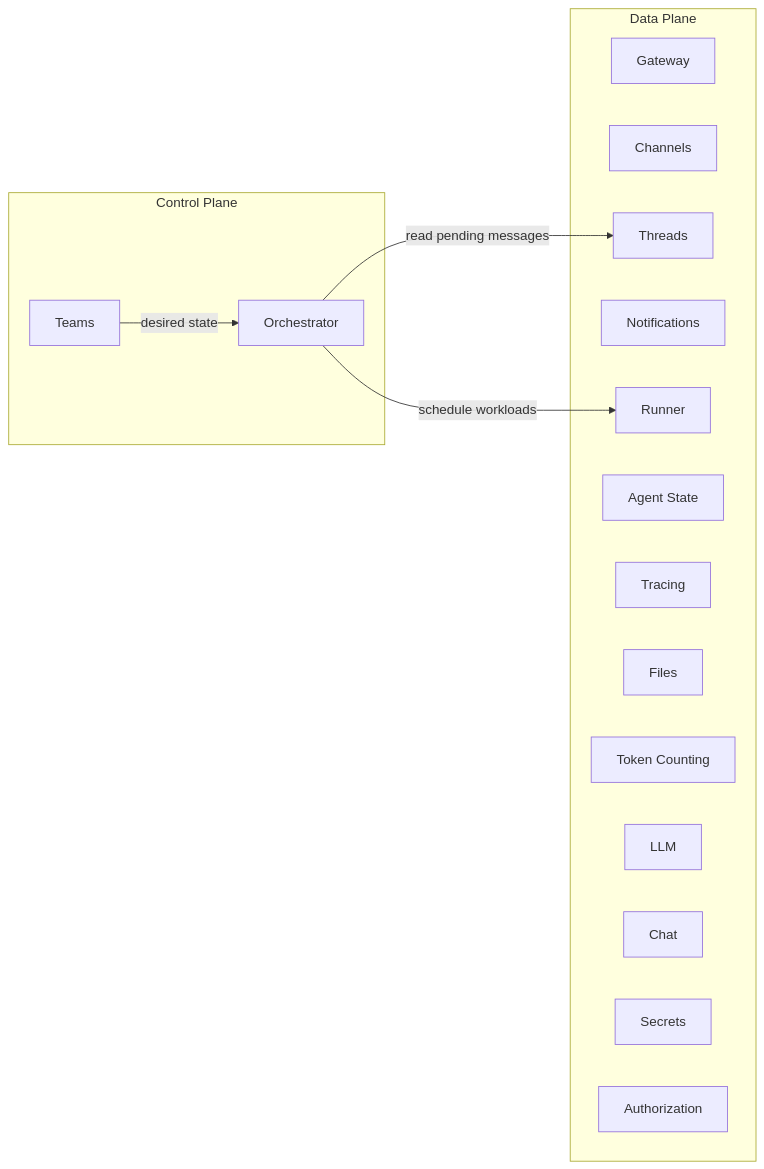
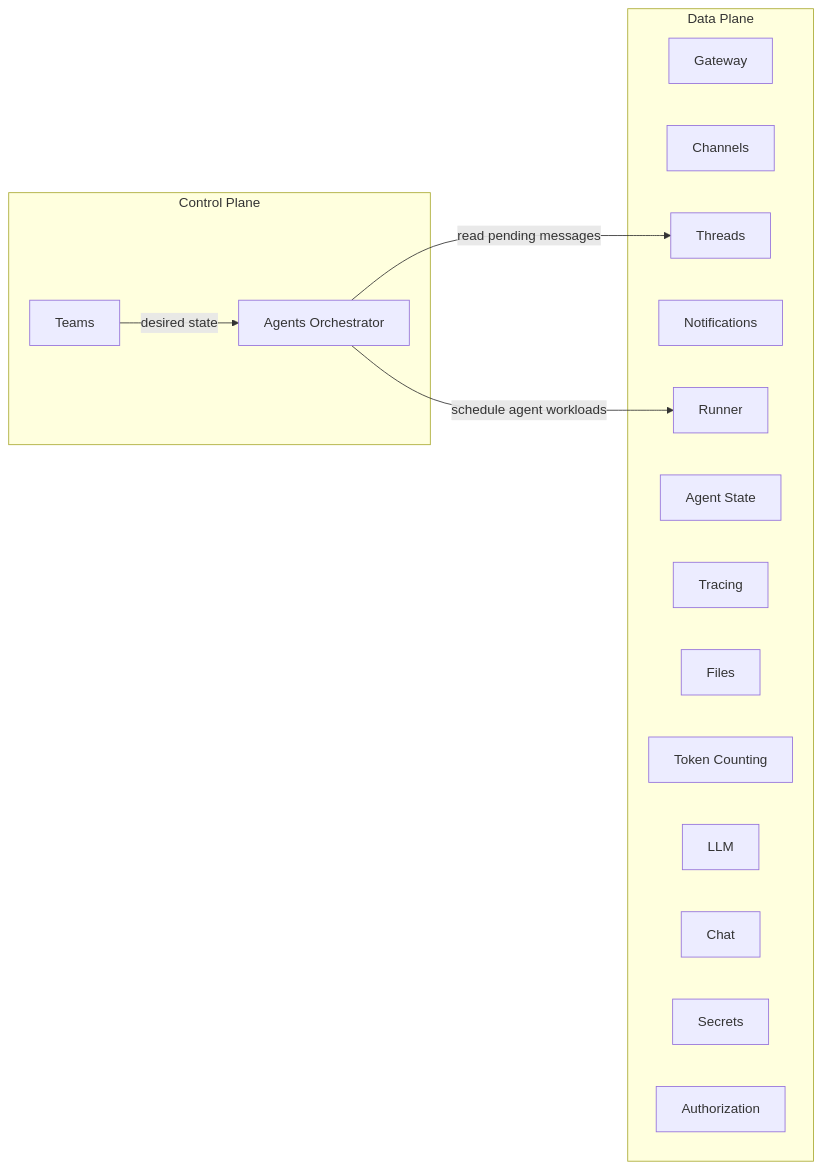
Before and after one commit to agynio/architecture: the first of 2 diagrams in architecture/control-data-plane.md, drawn with Mermaid. The commit also changed other lines of this file and 11 other files, not shown here.

````diff
--- a/architecture/control-data-plane.md
+++ b/architecture/control-data-plane.md
@@ -21,27 +21,27 @@
 ```mermaid
 graph LR
     subgraph Control Plane
         Teams
-        Orch[Orchestrator]
+        Orch[Agents Orchestrator]
     end
 
     subgraph Data Plane
         Gateway
         Channels
         Threads
         Notifications
         Runner
         AgentState[Agent State]
         Tracing
         Files
         TokenCounting[Token Counting]
         LLM
         Chat
         Secrets
         Authorization
     end
 
     Teams -->|desired state| Orch
-    Orch -->|schedule workloads| Runner
+    Orch -->|schedule agent workloads| Runner
     Orch -->|read pending messages| Threads
 ```
````
